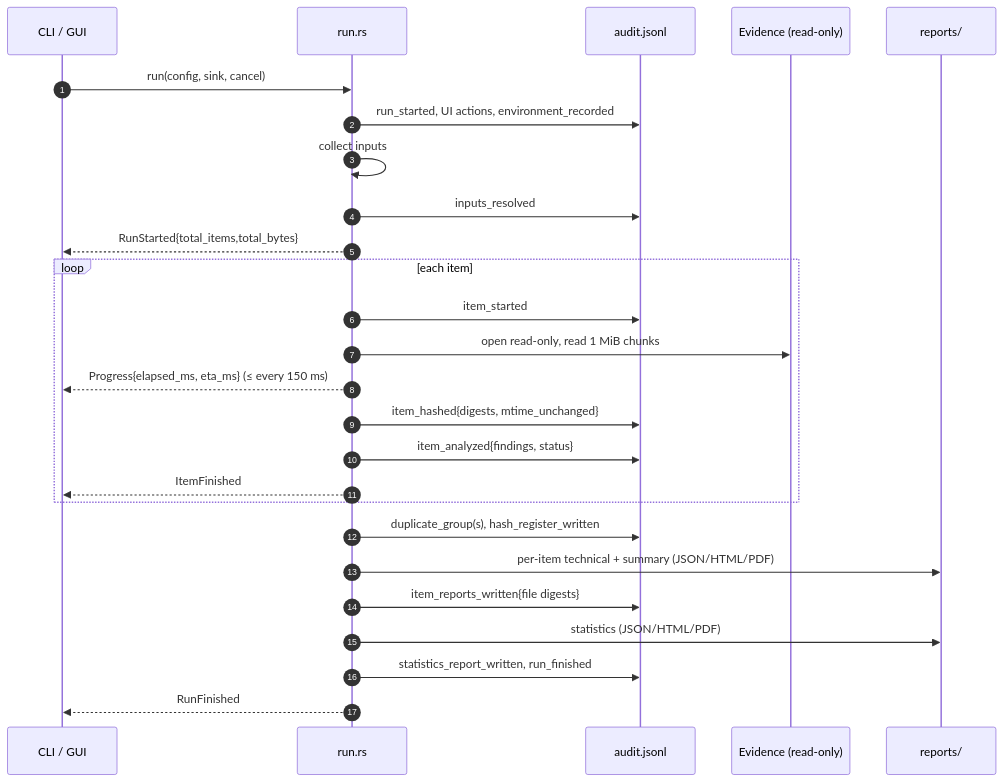
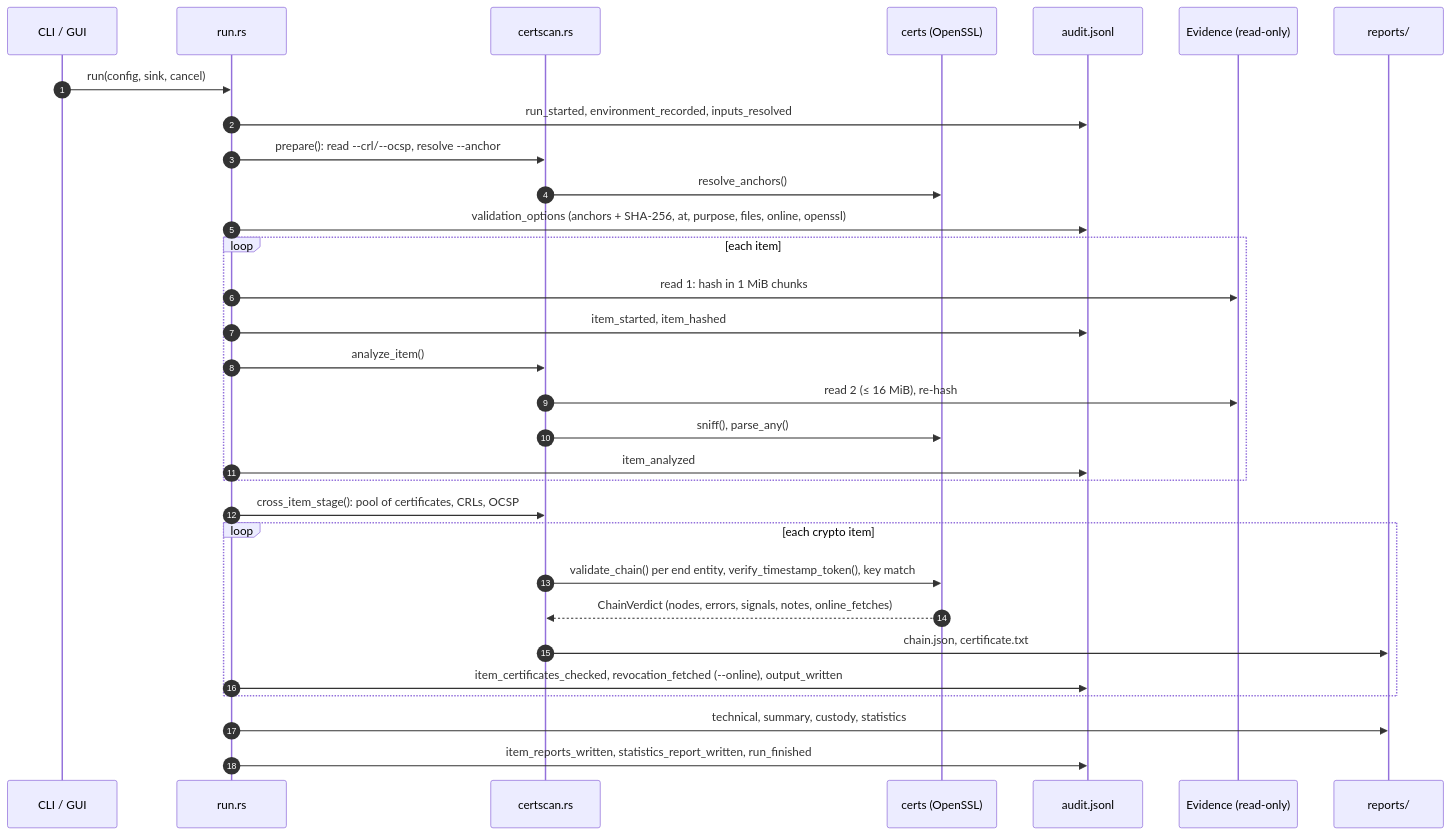
The second of 4 diagrams in docs/architecture.md (Panacota96/rv-certcheck), drawn with Mermaid before and after one commit. The commit also changed other lines of this file and 1 other file, not shown here.

First line of the commit message:
docs: findings catalogue with severities and limits; architecture with OpenSSL boundary

````diff
--- a/docs/architecture.md
+++ b/docs/architecture.md
@@ -48,28 +74,33 @@
 ```mermaid
 sequenceDiagram
     autonumber
     participant UI as CLI / GUI
     participant R as run.rs
+    participant C as certscan.rs
+    participant L as certs (OpenSSL)
     participant A as audit.jsonl
     participant FS as Evidence (read-only)
     participant O as reports/
     UI->>R: run(config, sink, cancel)
-    R->>A: run_started, UI actions, environment_recorded
-    R->>R: collect inputs
-    R->>A: inputs_resolved
-    R-->>UI: RunStarted{total_items,total_bytes}
+    R->>A: run_started, environment_recorded, inputs_resolved
+    R->>C: prepare(): read --crl/--ocsp, resolve --anchor
+    C->>L: resolve_anchors()
+    R->>A: validation_options (anchors + SHA-256, at, purpose, files, online, openssl)
     loop each item
-        R->>A: item_started
-        R->>FS: open read-only, read 1 MiB chunks
-        R-->>UI: Progress{elapsed_ms, eta_ms} (≤ every 150 ms)
-        R->>A: item_hashed{digests, mtime_unchanged}
-        R->>A: item_analyzed{findings, status}
-        R-->>UI: ItemFinished
+        R->>FS: read 1: hash in 1 MiB chunks
+        R->>A: item_started, item_hashed
+        R->>C: analyze_item()
+        C->>FS: read 2 (≤ 16 MiB), re-hash
+        C->>L: sniff(), parse_any()
+        R->>A: item_analyzed
     end
-    R->>A: duplicate_group(s), hash_register_written
-    R->>O: per-item technical + summary (JSON/HTML/PDF)
-    R->>A: item_reports_written{file digests}
-    R->>O: statistics (JSON/HTML/PDF)
-    R->>A: statistics_report_written, run_finished
-    R-->>UI: RunFinished
+    R->>C: cross_item_stage(): pool of certificates, CRLs, OCSP
+    loop each crypto item
+        C->>L: validate_chain() per end entity, verify_timestamp_token(), key match
+        L-->>C: ChainVerdict (nodes, errors, signals, notes, online_fetches)
+        C->>O: chain.json, certificate.txt
+        R->>A: item_certificates_checked, revocation_fetched (--online), output_written
+    end
+    R->>O: technical, summary, custody, statistics
+    R->>A: item_reports_written, statistics_report_written, run_finished
 ```
````
